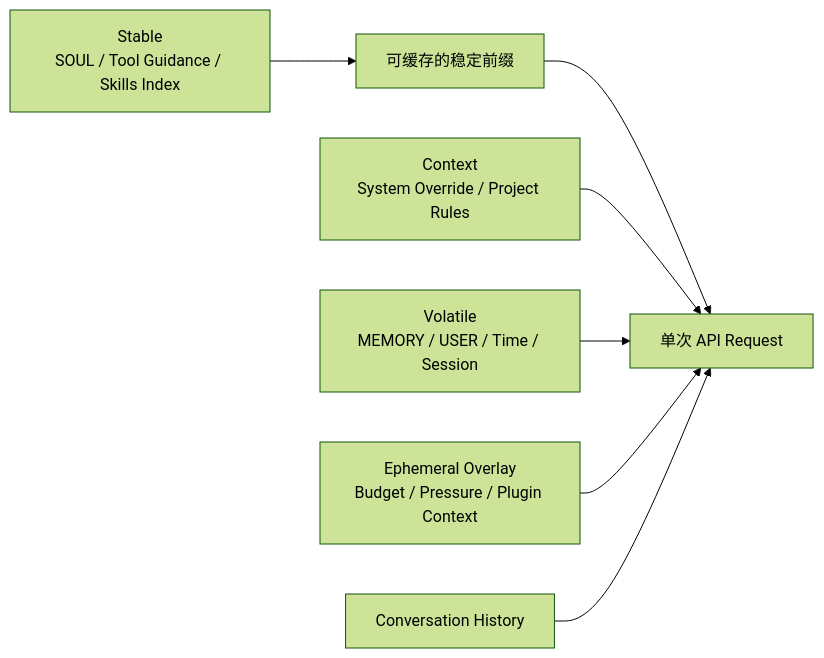
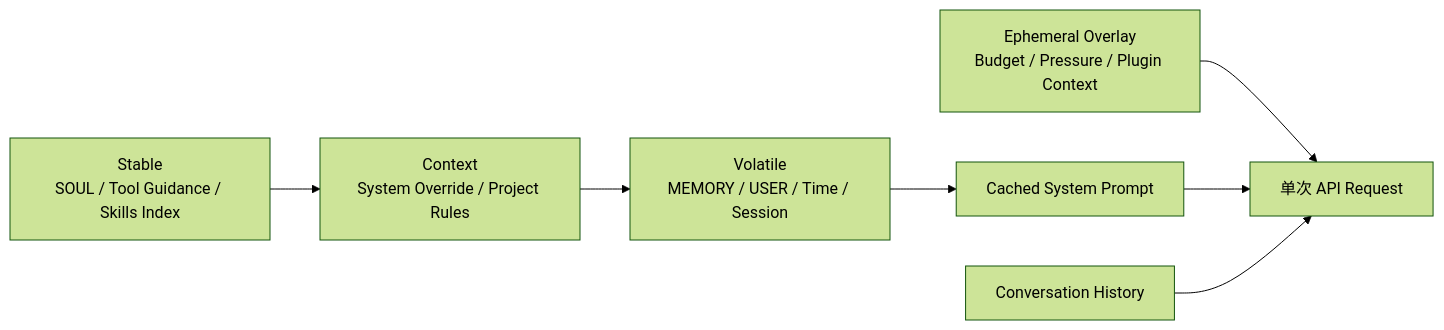
The third of 4 diagrams in src/content/writing/hermes-agent-architecture-deep-dive.md (MarkingYang/aidea-lab), drawn with Mermaid (forest theme) before and after one commit. The commit also changed other lines of this file and 116 other files, not shown here.

````diff
--- a/src/content/writing/hermes-agent-architecture-deep-dive.md
+++ b/src/content/writing/hermes-agent-architecture-deep-dive.md
@@ -140,9 +118,9 @@
 ```mermaid
 flowchart LR
-  S[Stable<br/>SOUL / Tool Guidance / Skills Index] --> P[可缓存的稳定前缀]
-  P --> R[单次 API Request]
-  C[Context<br/>System Override / Project Rules] --> R
-  V[Volatile<br/>MEMORY / USER / Time / Session] --> R
-  X[Ephemeral Overlay<br/>Budget / Pressure / Plugin Context] --> R
+  S[Stable<br/>SOUL / Tool Guidance / Skills Index] --> C[Context<br/>System Override / Project Rules]
+  C --> V[Volatile<br/>MEMORY / USER / Time / Session]
+  V --> P[Cached System Prompt]
+  X[Ephemeral Overlay<br/>Budget / Pressure / Plugin Context] --> R[单次 API Request]
+  P --> R
   H[Conversation History] --> R
 ```
````
